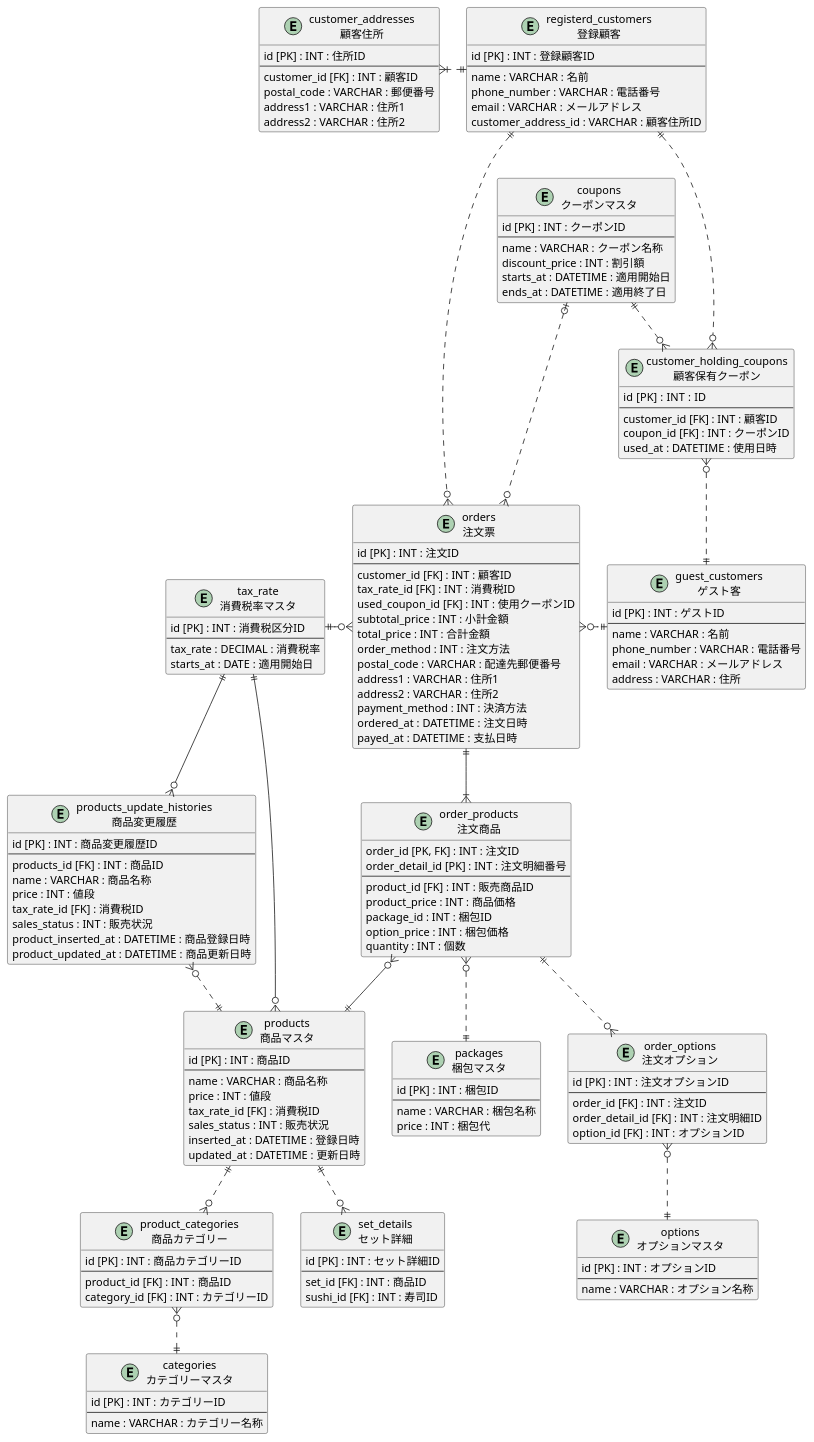
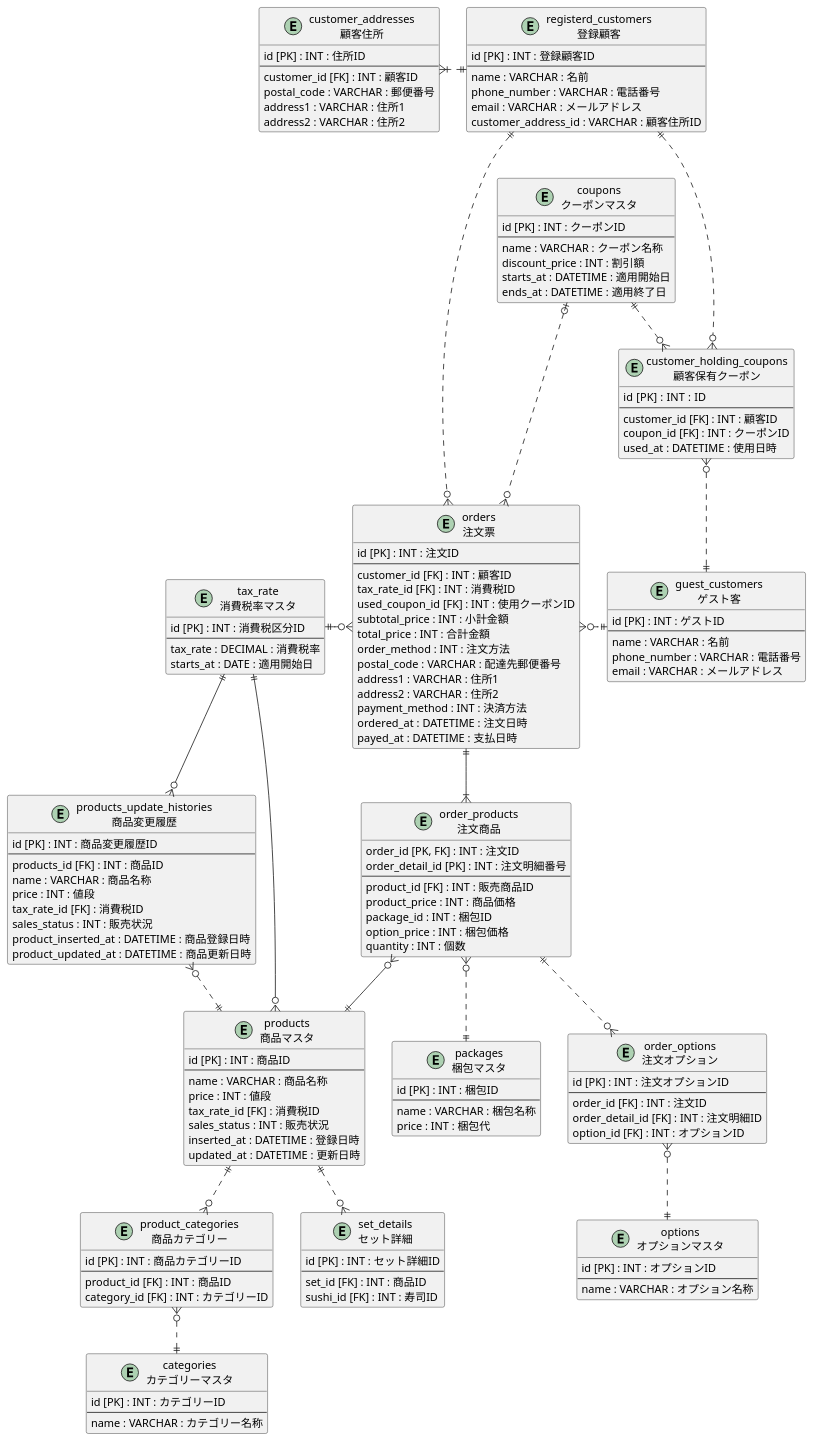
One commit to praha-inc/praha-challenge-7 changed the diagram in I84PdeRyF2ApGF/db_modeling01/task_03/db_modeling03.pu. Above: the diagram before and after it, drawn with PlantUML.

Commit message:
[Fix] er-diagram guest_customers

```diff
--- a/I84PdeRyF2ApGF/db_modeling01/task_03/db_modeling03.pu
+++ b/I84PdeRyF2ApGF/db_modeling01/task_03/db_modeling03.pu
@@ -1,180 +1,179 @@
 @startuml dbModeling1
     Entity "tax_rate\n消費税率マスタ" as tax_rate{
         id [PK] : INT : 消費税区分ID
         --
         tax_rate : DECIMAL : 消費税率
         starts_at : DATE : 適用開始日
     }
 
     Entity "guest_customers\nゲスト客" as f_c {
         id [PK] : INT : ゲストID
         --
         name : VARCHAR : 名前
         phone_number : VARCHAR : 電話番号
         email : VARCHAR : メールアドレス
-        address : VARCHAR : 住所
     }
 
     Entity "customer_addresses\n顧客住所" as c_a{
         id [PK] : INT : 住所ID
         --
         customer_id [FK] : INT : 顧客ID
         postal_code : VARCHAR : 郵便番号
         address1 : VARCHAR : 住所1
         address2 : VARCHAR : 住所2
     }
     
     Entity "registerd_customers\n登録顧客" as r_c{
         id [PK] : INT : 登録顧客ID
         --
         name : VARCHAR : 名前
         phone_number : VARCHAR : 電話番号
         email : VARCHAR : メールアドレス
         customer_address_id : VARCHAR : 顧客住所ID
     }
 
     Entity "customer_holding_coupons\n顧客保有クーポン" as c_h_c{
         id [PK] : INT :  ID
         --
         customer_id [FK] : INT : 顧客ID
         coupon_id [FK] : INT : クーポンID
         used_at : DATETIME : 使用日時
     }
 
     Entity "coupons\nクーポンマスタ" as c_m{
         id [PK] : INT : クーポンID
         --
         name : VARCHAR : クーポン名称
         discount_price : INT : 割引額
         starts_at : DATETIME : 適用開始日
         ends_at : DATETIME : 適用終了日
     }
 
     Entity "orders\n注文票" as orders {
         id [PK] : INT : 注文ID
         --
         customer_id [FK] : INT : 顧客ID
         tax_rate_id [FK] : INT : 消費税ID
         used_coupon_id [FK] : INT : 使用クーポンID
         subtotal_price : INT : 小計金額
         total_price : INT : 合計金額
         order_method : INT : 注文方法
         postal_code : VARCHAR : 配達先郵便番号
         address1 : VARCHAR : 住所1
         address2 : VARCHAR : 住所2
         payment_method : INT : 決済方法
         ordered_at : DATETIME : 注文日時
         payed_at : DATETIME : 支払日時
     }
 
     Entity "order_products\n注文商品" as order_details {
         order_id [PK, FK] : INT : 注文ID 
         order_detail_id [PK] : INT : 注文明細番号 
         --
         product_id [FK] : INT : 販売商品ID
         product_price : INT : 商品価格
         package_id : INT : 梱包ID 
         option_price : INT : 梱包価格
         quantity : INT : 個数
     }
 
     Entity "order_options\n注文オプション" as options {
         id [PK] : INT : 注文オプションID
         --
         order_id [FK] : INT : 注文ID
         order_detail_id [FK] : INT : 注文明細ID
         option_id [FK] : INT : オプションID
     }
 
     Entity "options\nオプションマスタ" as om{
         id [PK] : INT : オプションID
         --
         name : VARCHAR : オプション名称
     }
 
     Entity "packages\n梱包マスタ" as p_o{
         id [PK] : INT : 梱包ID
         --
         name : VARCHAR : 梱包名称
         price : INT : 梱包代
     }
 
     Entity "products\n商品マスタ" as s_p{
         id [PK] : INT : 商品ID
         --
         name : VARCHAR : 商品名称
         price : INT : 値段
         tax_rate_id [FK] : 消費税ID
         sales_status : INT : 販売状況
         inserted_at : DATETIME : 登録日時
         updated_at : DATETIME : 更新日時
     }
 
     Entity "products_update_histories\n商品変更履歴" as p_h {
         id [PK] : INT : 商品変更履歴ID
         --
         products_id [FK] : INT : 商品ID
         name : VARCHAR : 商品名称
         price : INT : 値段
         tax_rate_id [FK] : 消費税ID
         sales_status : INT : 販売状況
         product_inserted_at : DATETIME : 商品登録日時
         product_updated_at : DATETIME : 商品更新日時
     }
 
     Entity "set_details\nセット詳細" as s_d{
         id [PK] : INT : セット詳細ID
         --
         set_id [FK] : INT : 商品ID
         sushi_id [FK] : INT : 寿司ID
     }
 
     Entity "categories\nカテゴリーマスタ" as c {
         id [PK] : INT : カテゴリーID
         --
         name : VARCHAR : カテゴリー名称
     }
 
     Entity "product_categories\n商品カテゴリー" as pc {
         id [PK] : INT : 商品カテゴリーID
         --
         product_id [FK] : INT : 商品ID
         category_id [FK] : INT : カテゴリーID
     }
 
     orders }o..r..|| f_c
     r_c ||....o{ orders
     orders ||-d-|{ order_details
     orders }o-l-|| tax_rate
     order_details }o--|| s_p
     tax_rate ||--o{ s_p
     tax_rate ||--o{ p_h
     s_p ||..o{ pc
     pc }o..|| c
     s_p ||..o{ s_d
     order_details ||..o{ options
     options }o..|| om
     s_p ||..l..o{ p_h 
     order_details }o..|| p_o
     ' p_o ||..o{ p_o_h
     r_c ||..o{ c_h_c
     c_h_c }o..|| f_c
     c_m ||..o{ c_h_c
     c_m |o..o{orders
     c_a }|.r.|| r_c
 
 
     ' * 主キー
     ' + 外部キー
     ' カラム名 : 型 : 説明
 
     ' 1対０また1
     ' A ||--o| B
     ' 1対1
     ' A ||--|| B
     ' 1対0以上
     ' A ||--o{ B
     ' 1対1以上
     ' A ||--|{ B
 
 @enduml
```
